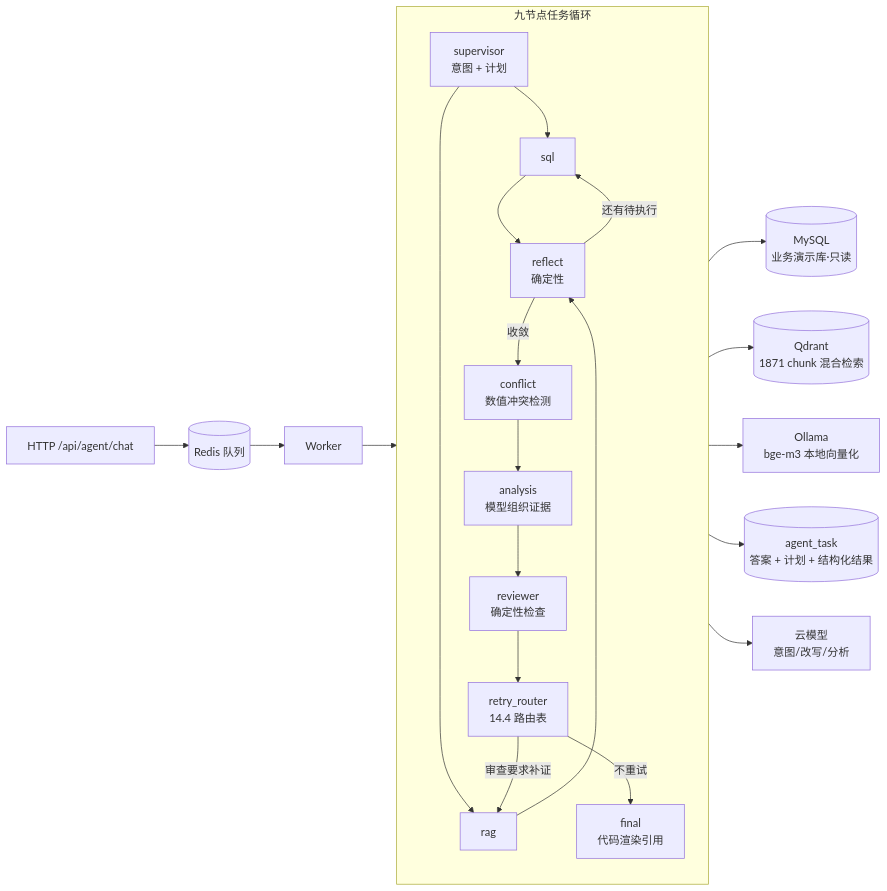
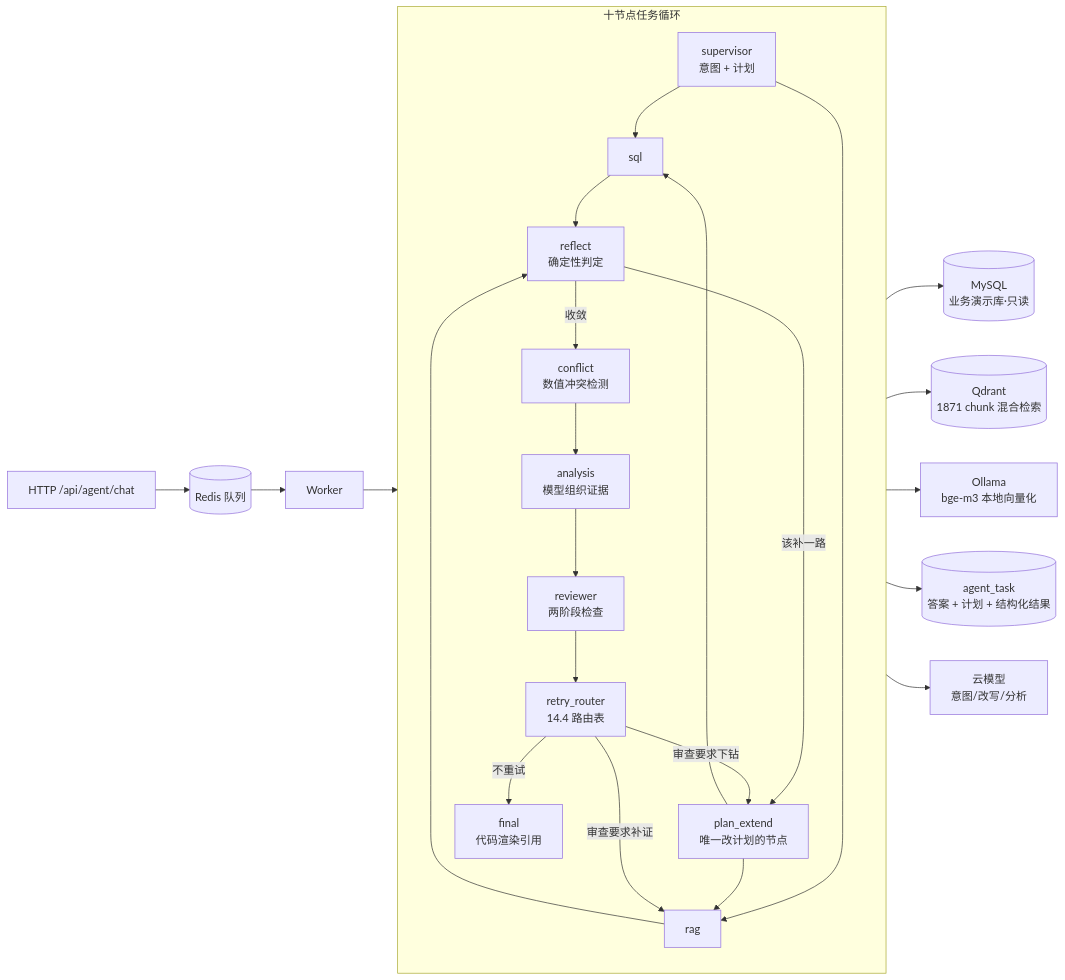
Before and after one commit to zhaofuchen99/enterprise-agent: the diagram in README.md, drawn with Mermaid. The commit also changed other lines of this file and 27 other files, not shown here.

First line of the commit message:
feat(agent): plan_extend 计划演进，补齐 14.4 的 expand 分支与循环类评测

````diff
--- a/README.md
+++ b/README.md
@@ -74,27 +74,30 @@
 ```mermaid
 flowchart LR
     A[HTTP /api/agent/chat] --> B[(Redis 队列)]
     B --> C[Worker]
     C --> D{{最小 Graph}}
 
-    subgraph D [九节点任务循环]
+    subgraph D [十节点任务循环]
         direction TB
         S[supervisor<br/>意图 + 计划] --> T1[sql]
         S --> T2[rag]
-        T1 --> R[reflect<br/>确定性]
+        T1 --> R[reflect<br/>确定性判定]
         T2 --> R
-        R -->|还有待执行| T1
+        R -->|该补一路| PE[plan_extend<br/>唯一改计划的节点]
+        PE --> T1
+        PE --> T2
         R -->|收敛| F[conflict<br/>数值冲突检测]
         F --> AN[analysis<br/>模型组织证据]
-        AN --> RV[reviewer<br/>确定性检查]
+        AN --> RV[reviewer<br/>两阶段检查]
         RV --> RR[retry_router<br/>14.4 路由表]
         RR -->|审查要求补证| T2
+        RR -->|审查要求下钻| PE
         RR -->|不重试| FI[final<br/>代码渲染引用]
     end
 
     T1 --> M[(MySQL<br/>业务演示库·只读)]
     T2 --> Q[(Qdrant<br/>1871 chunk 混合检索)]
     T2 --> O[Ollama<br/>bge-m3 本地向量化]
     D --> G[云模型<br/>意图/改写/分析]
     FI --> E[(agent_task<br/>答案 + 计划 + 结构化结果)]
 ```
````
